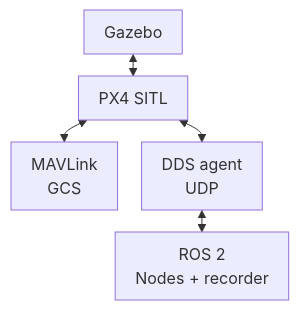
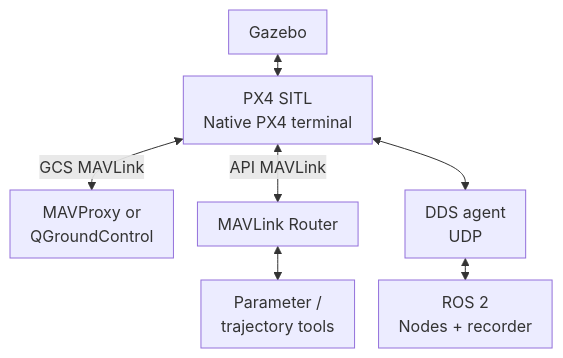
One commit to ANCL/px4-dev-toolkit changed the diagram in docs/environments/sitl.md. Above: the diagram before and after it, drawn with Mermaid. The commit also changed other lines of this file and 42 other files, not shown here.

````diff
--- a/docs/environments/sitl.md
+++ b/docs/environments/sitl.md
@@ -15,16 +18,18 @@
 ```mermaid
 ---
 config:
   flowchart:
     useMaxWidth: true
     wrappingWidth: 180
     padding: 10
     rankSpacing: 22
     nodeSpacing: 24
 ---
 flowchart TB
-    G["Gazebo"] <--> P["PX4 SITL"]
-    P <--> M["MAVLink<br/>GCS"]
+    G["Gazebo"] <--> P["PX4 SITL<br/>Native PX4 terminal"]
+    P <-->|GCS MAVLink| M["MAVProxy or<br/>QGroundControl"]
+    P <-->|API MAVLink| MR["MAVLink Router"]
+    MR <--> T["Parameter /<br/>trajectory tools"]
     P <--> X["DDS agent<br/>UDP"]
     X <--> R["ROS 2<br/>Nodes + recorder"]
 ```
````
